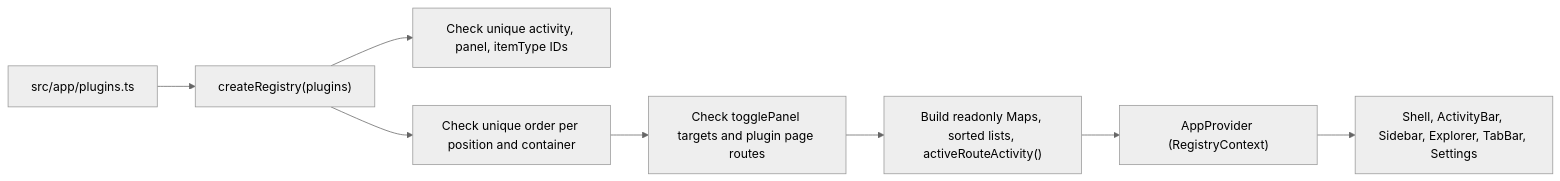
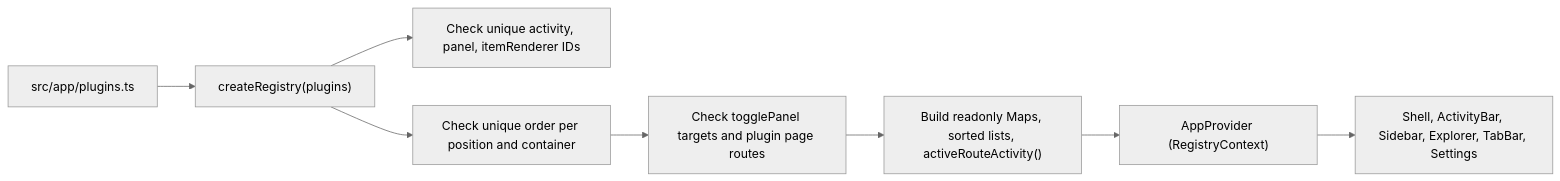
The sixth of 12 diagrams in docs/DESIGN.md (ppongtong/ide-shell), drawn with Mermaid (neutral theme) before and after one commit. The commit also changed other lines of this file and 42 other files, not shown here.

Commit message:
Simplify ItemRenderer contract, add pluggable primary feature, and create workspaces via dialog

````diff
--- a/docs/DESIGN.md
+++ b/docs/DESIGN.md
@@ -374,10 +367,10 @@
 ```mermaid
 flowchart LR
     Plugins["src/app/plugins.ts"] --> Create["createRegistry(plugins)"]
-    Create --> CheckIds["Check unique activity, panel, itemType IDs"]
+    Create --> CheckIds["Check unique activity, panel, itemRenderer IDs"]
     Create --> CheckOrder["Check unique order per position and container"]
     CheckOrder --> CheckRefs["Check togglePanel targets and plugin page routes"]
     CheckRefs --> Index["Build readonly Maps, sorted lists, activeRouteActivity()"]
     Index --> Provider["AppProvider (RegistryContext)"]
     Provider --> UI["Shell, ActivityBar, Sidebar, Explorer, TabBar, Settings"]
 ```
````
